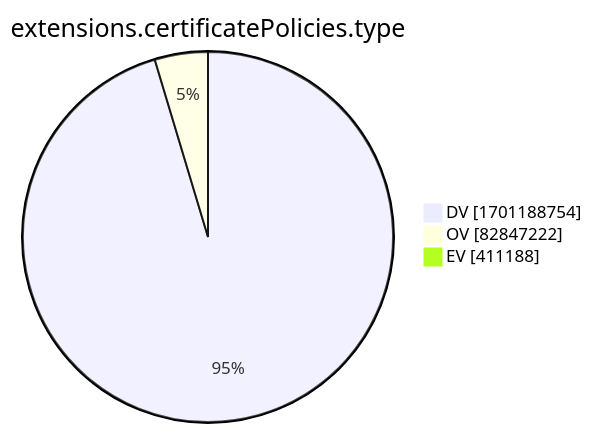
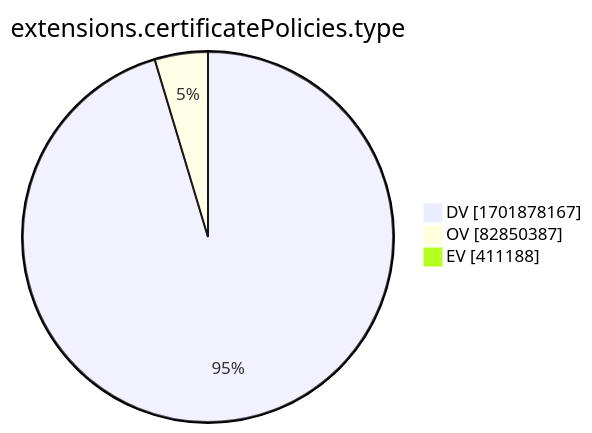
The tenth of 15 diagrams in xenon2022/README.md (christiankrug/ctmonitor_visualization), drawn with Mermaid before and after one commit. The commit also changed other lines of this file, not shown here.

````diff
--- a/xenon2022/README.md
+++ b/xenon2022/README.md
@@ -2881,7 +2881,7 @@
 ```mermaid
 pie showData
 title extensions.certificatePolicies.type
-"DV" :1701188754
-"OV" :82847222
+"DV" :1701878167
+"OV" :82850387
 "EV" :411188
 ```
````
